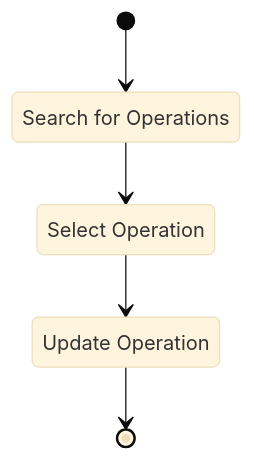
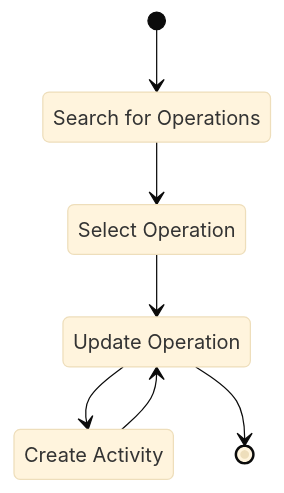
The diagram in docs/apps/change_state.md (theonewhowritesthedocs/apdc-docs), drawn with Mermaid (base theme) before and after one commit. The commit also changed other lines of this file and 17 other files, not shown here.

````diff
--- a/docs/apps/change_state.md
+++ b/docs/apps/change_state.md
@@ -15,14 +15,17 @@
 ```mermaid
 
     stateDiagram-v2
 
     state "Search for Operations" as filters
     state "Select Operation" as operations
     state "Update Operation" as operation
+    state "Create Activity" as activity
 
     [*] --> filters
     filters --> operations
     operations --> operation
+    operation --> activity
+    activity --> operation
     operation --> [*]
     
 ```
````
